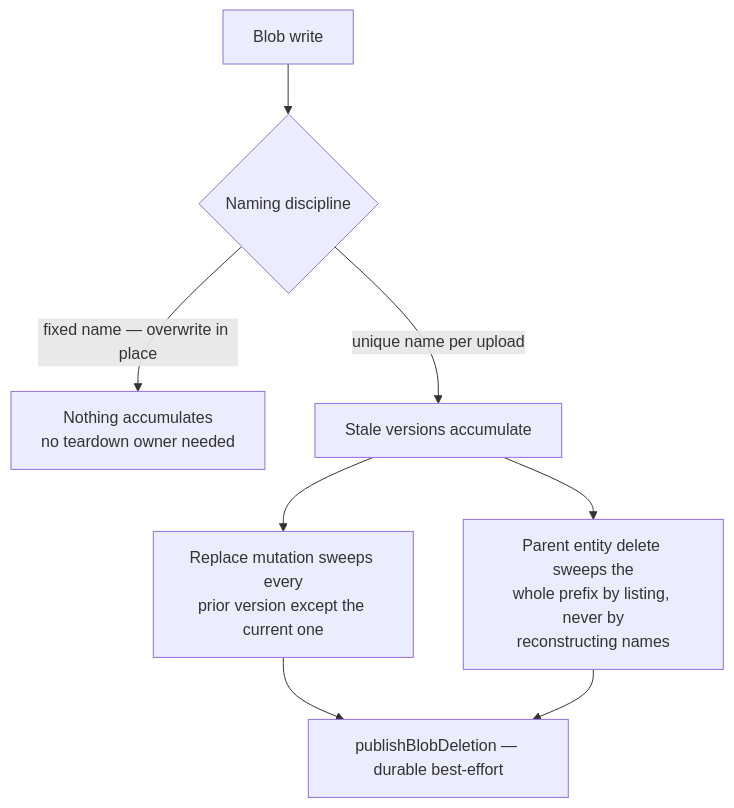
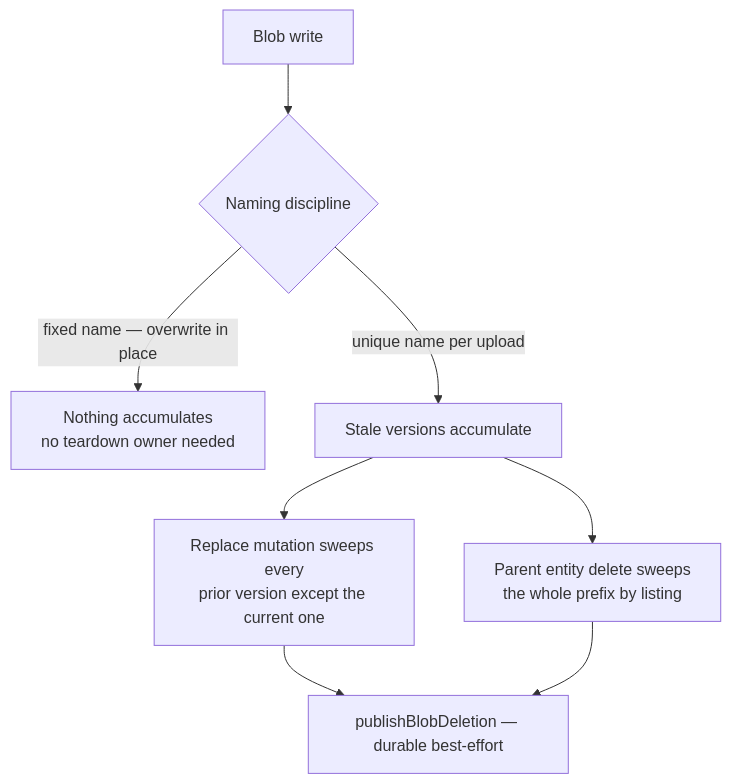
One commit to Esposter/Esposter changed the diagram in packages/app/content/docs/architecture/blob-lifecycle.md. Above: the diagram before and after it, drawn with Mermaid. The commit also changed 8 other files, not shown here.

````diff
--- a/packages/app/content/docs/architecture/blob-lifecycle.md
+++ b/packages/app/content/docs/architecture/blob-lifecycle.md
@@ -12,10 +12,10 @@
 ```mermaid
 flowchart TD
   W["Blob write"] --> N{"Naming discipline"}
   N -->|"fixed name — overwrite in place"| F["Nothing accumulates<br/>no teardown owner needed"]
   N -->|"unique name per upload"| U["Stale versions accumulate"]
   U --> R["Replace mutation sweeps every<br/>prior version except the current one"]
-  U --> D["Parent entity delete sweeps the<br/>whole prefix by listing, never by<br/>reconstructing names"]
+  U --> D["Parent entity delete sweeps<br/>the whole prefix by listing"]
   R --> P["publishBlobDeletion — durable best-effort"]
   D --> P
 ```
````
